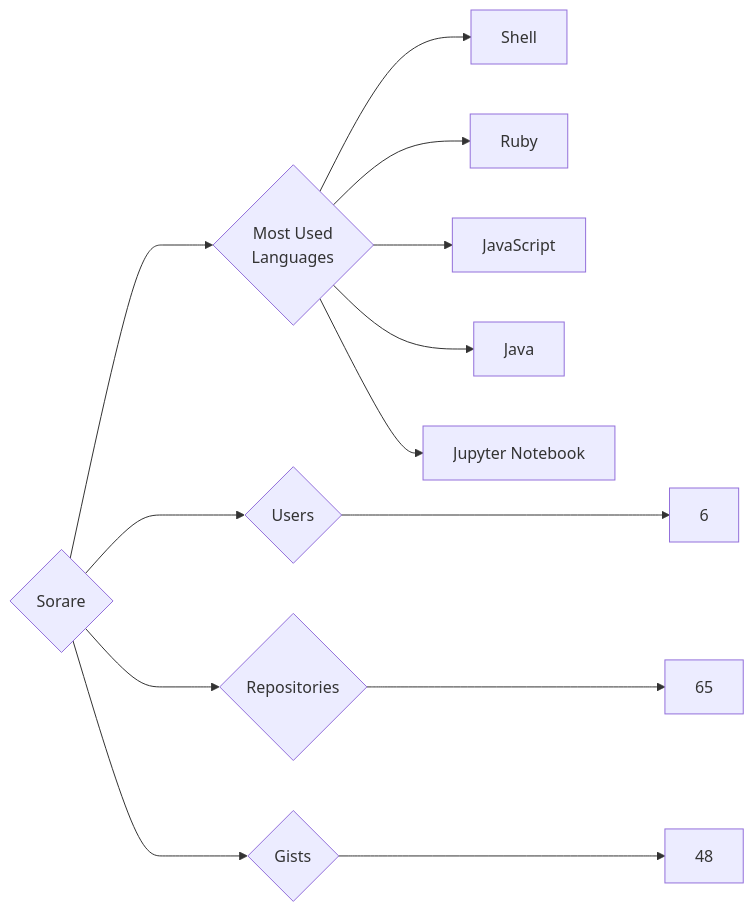
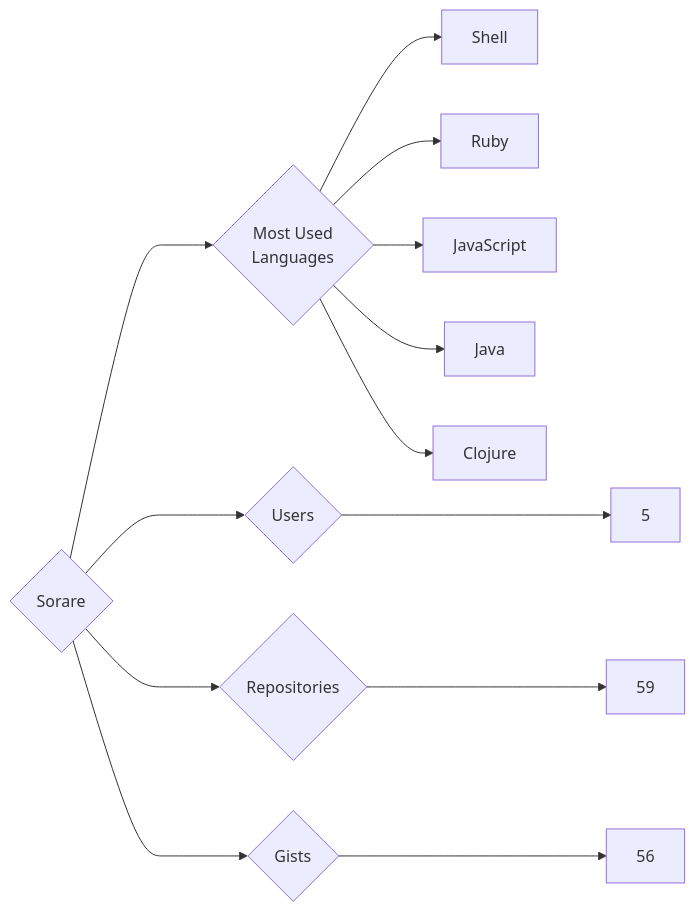
Before and after one commit to trickest/insiders: the diagram in targets/Sorare/README.md, drawn with Mermaid. The commit also changed 1484 other files, not shown here.

````diff
--- a/targets/Sorare/README.md
+++ b/targets/Sorare/README.md
@@ -3,13 +3,13 @@
 ```mermaid
 graph LR
 COMPANY_NAME{Sorare}
-COMPANY_NAME ---> U{Users} ---> UN[6]
-COMPANY_NAME ---> R{Repositories} ---> RN[65]
-COMPANY_NAME ---> G{Gists} ---> GN[48]
+COMPANY_NAME ---> U{Users} ---> UN[5]
+COMPANY_NAME ---> R{Repositories} ---> RN[59]
+COMPANY_NAME ---> G{Gists} ---> GN[56]
 COMPANY_NAME ---> ML{Most Used<br>Languages}
 ML --> Shell[Shell]
 ML --> Ruby[Ruby]
 ML --> JavaScript[JavaScript]
 ML --> Java[Java]
-ML --> Jupyter_Notebook[Jupyter Notebook]
+ML --> Clojure[Clojure]
 ```
````
